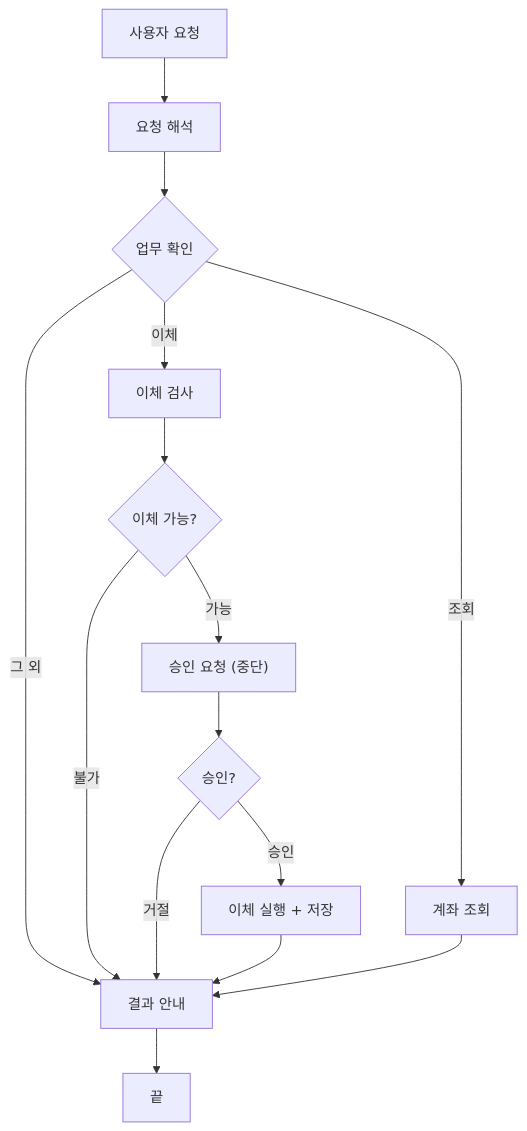
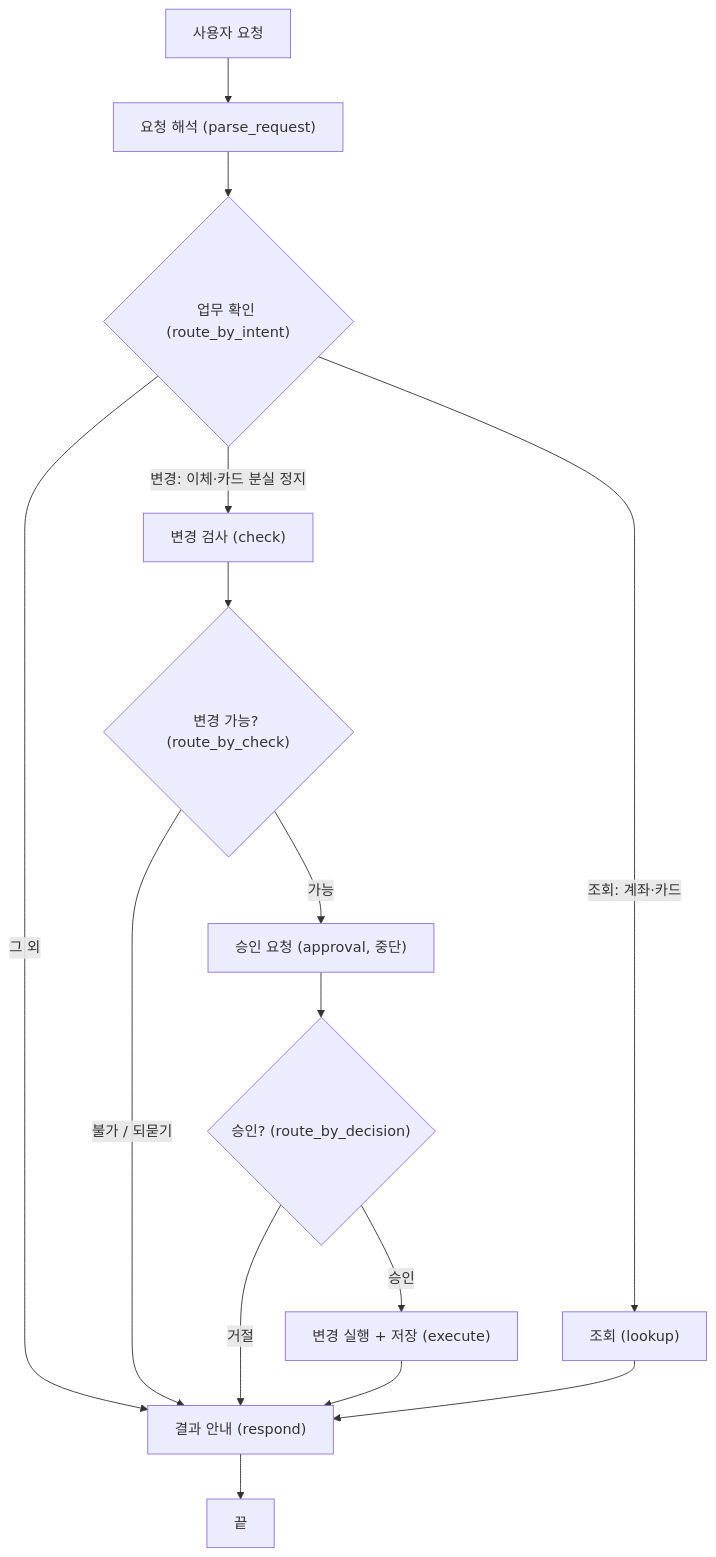
The diagram in langchain_/mini-project-3/docs/design_final.md (Xnarin/my-ai-agent), drawn with Mermaid before and after one commit. The commit also changed other lines of this file and 2 other files, not shown here.

````diff
--- a/langchain_/mini-project-3/docs/design_final.md
+++ b/langchain_/mini-project-3/docs/design_final.md
@@ -20,17 +26,17 @@
 ```mermaid
 flowchart TD
-    A[사용자 요청] --> B[요청 해석]
-    B --> C{업무 확인}
-    C -- 조회 --> D[계좌 조회]
-    C -- 이체 --> E[이체 검사]
-    C -- 그 외 --> R[결과 안내]
-    E --> F{"이체 가능?"}
-    F -- 불가 --> R
-    F -- 가능 --> G["승인 요청 (중단)"]
-    G --> H{"승인?"}
-    H -- 거절 --> R
-    H -- 승인 --> I["이체 실행 + 저장"]
+    A[사용자 요청] --> B["요청 해석 (parse_request)"]
+    B --> C{"업무 확인 (route_by_intent)"}
+    C -->|"조회: 계좌·카드"| D["조회 (lookup)"]
+    C -->|"변경: 이체·카드 분실 정지"| E["변경 검사 (check)"]
+    C -->|그 외| R["결과 안내 (respond)"]
+    E --> F{"변경 가능? (route_by_check)"}
+    F -->|"불가 / 되묻기"| R
+    F -->|가능| G["승인 요청 (approval, 중단)"]
+    G --> H{"승인? (route_by_decision)"}
+    H -->|거절| R
+    H -->|승인| I["변경 실행 + 저장 (execute)"]
     I --> R
     D --> R
     R --> Z[끝]
 ```
````
